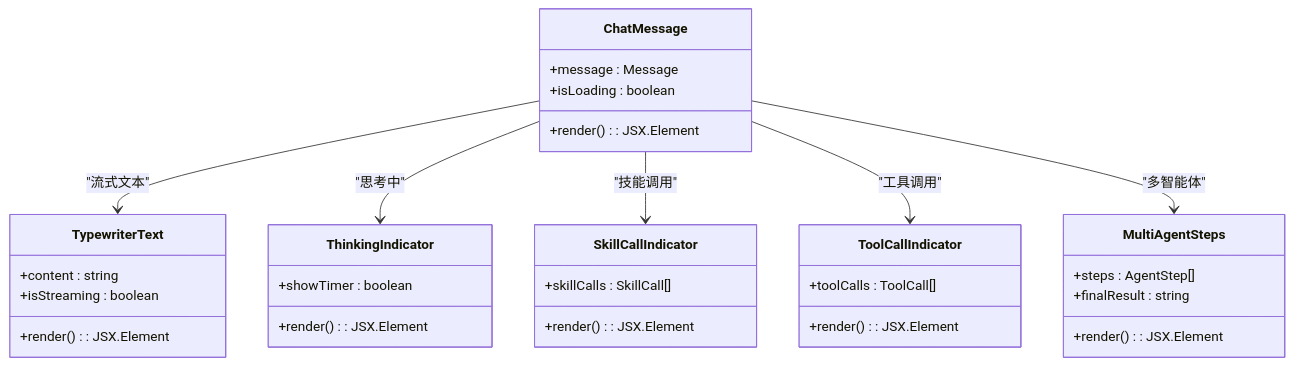
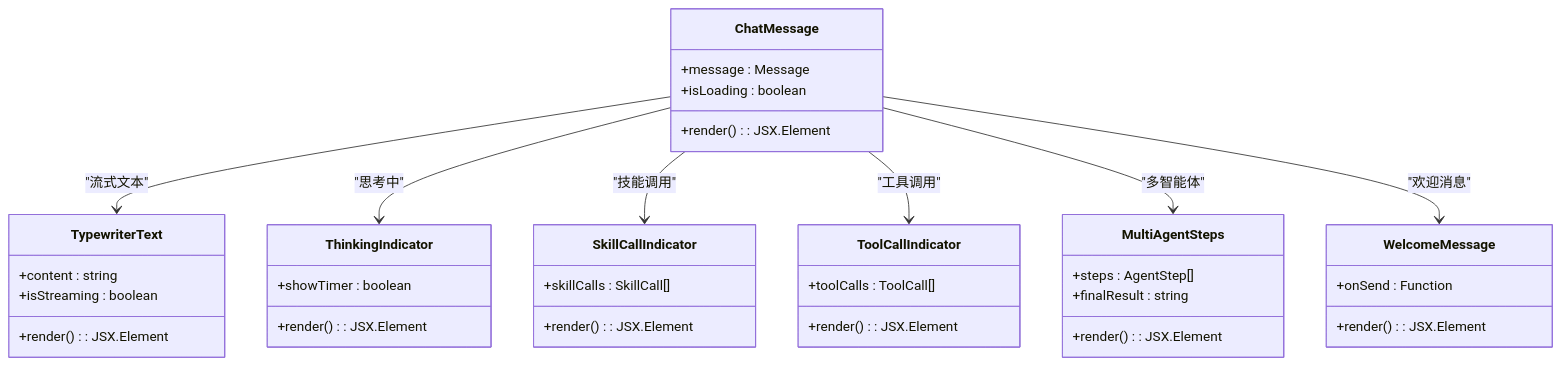
Before and after one commit to KunLabAI/KunFlix: diagram 16 of 30 in .qoder/repowiki/zh/content/前端应用架构/UI组件库/画布组件系统/AI助手面板/AI助手面板.md, drawn with Mermaid. The commit also changed other lines of this file and 20 other files, not shown here.

````diff
--- a/.qoder/repowiki/zh/content/前端应用架构/UI组件库/画布组件系统/AI助手面板/AI助手面板.md
+++ b/.qoder/repowiki/zh/content/前端应用架构/UI组件库/画布组件系统/AI助手面板/AI助手面板.md
@@ -599,35 +781,40 @@
 ```mermaid
 classDiagram
 class ChatMessage {
 +message : Message
 +isLoading : boolean
 +render() : JSX.Element
 }
 class TypewriterText {
 +content : string
 +isStreaming : boolean
 +render() : JSX.Element
 }
 class ThinkingIndicator {
 +showTimer : boolean
 +render() : JSX.Element
 }
 class SkillCallIndicator {
 +skillCalls : SkillCall[]
 +render() : JSX.Element
 }
 class ToolCallIndicator {
 +toolCalls : ToolCall[]
 +render() : JSX.Element
 }
 class MultiAgentSteps {
 +steps : AgentStep[]
 +finalResult : string
 +render() : JSX.Element
 }
+class WelcomeMessage {
++onSend : Function
++render() : JSX.Element
+}
 ChatMessage --> TypewriterText : "流式文本"
 ChatMessage --> ThinkingIndicator : "思考中"
 ChatMessage --> SkillCallIndicator : "技能调用"
 ChatMessage --> ToolCallIndicator : "工具调用"
 ChatMessage --> MultiAgentSteps : "多智能体"
+ChatMessage --> WelcomeMessage : "欢迎消息"
 ```
````
